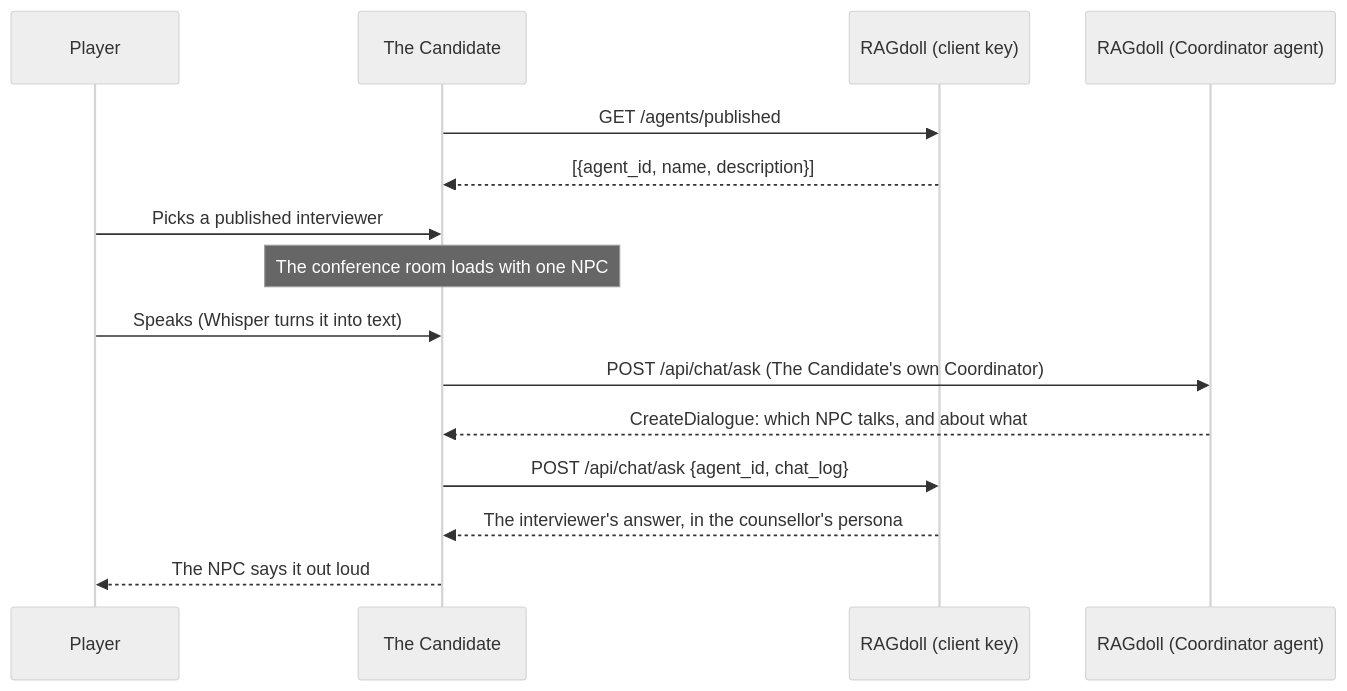
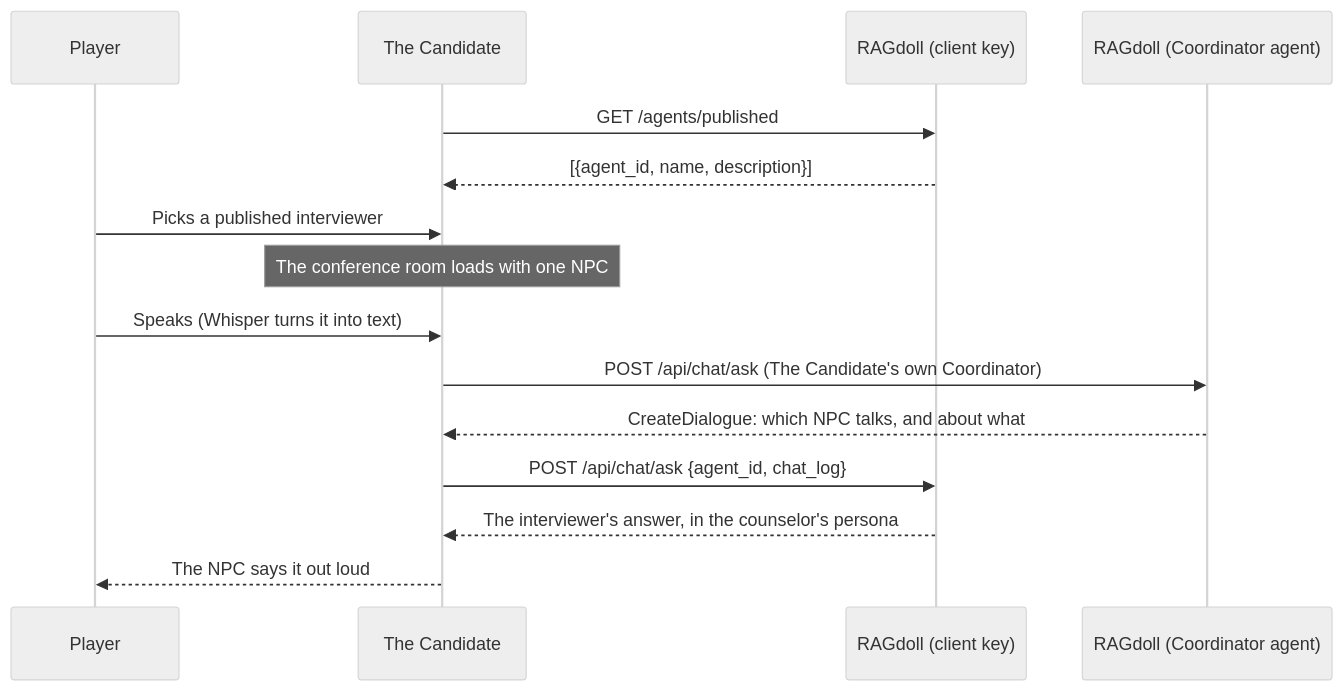
Before and after one commit to IMTEL/team-tdt4290-fall-2026: the seventh of 9 diagrams in docs/architecture.md, drawn with Mermaid (neutral theme). The commit also changed other lines of this file and 3 other files, not shown here.

Commit message:
docs: fix spelling counsellor -> counselor

````diff
--- a/docs/architecture.md
+++ b/docs/architecture.md
@@ -370,18 +370,18 @@
 ```mermaid
 sequenceDiagram
     participant P as Player
     participant C as The Candidate
     participant R as RAGdoll (client key)
     participant M as RAGdoll (Coordinator agent)
 
     C->>R: GET /agents/published
     R-->>C: [{agent_id, name, description}]
     P->>C: Picks a published interviewer
     Note over C: The conference room loads with one NPC
     P->>C: Speaks (Whisper turns it into text)
     C->>M: POST /api/chat/ask (The Candidate's own Coordinator)
     M-->>C: CreateDialogue: which NPC talks, and about what
     C->>R: POST /api/chat/ask {agent_id, chat_log}
-    R-->>C: The interviewer's answer, in the counsellor's persona
+    R-->>C: The interviewer's answer, in the counselor's persona
     C-->>P: The NPC says it out loud
 ```
````
